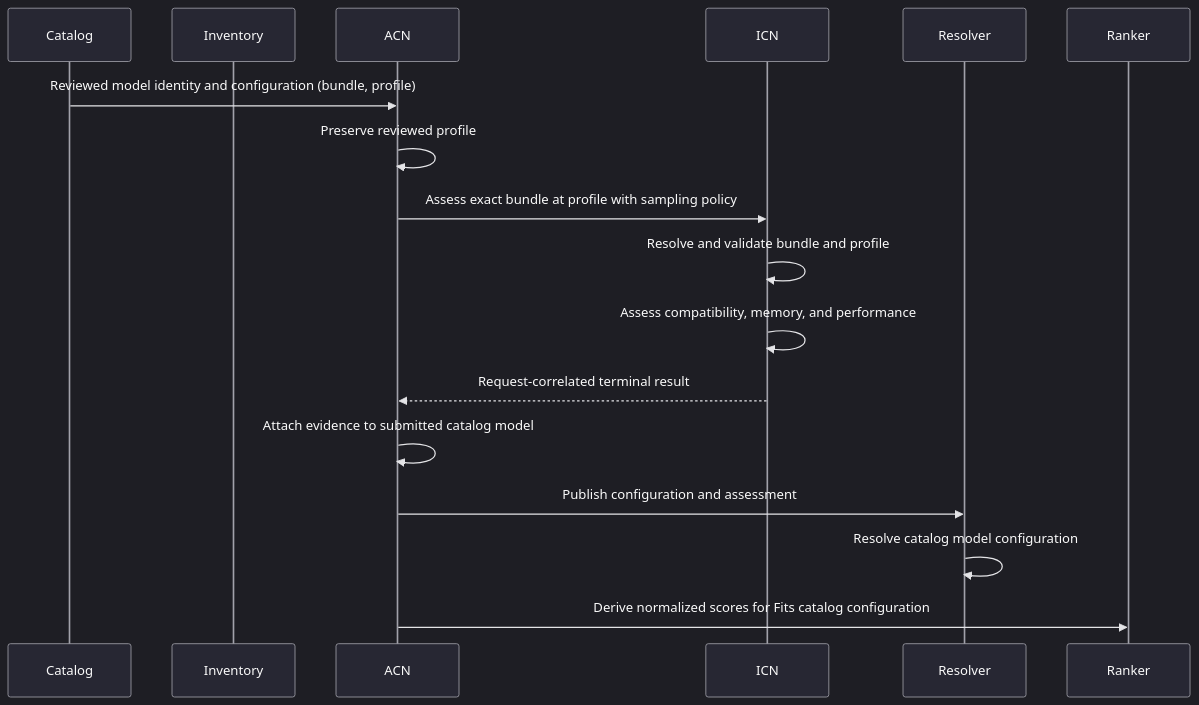
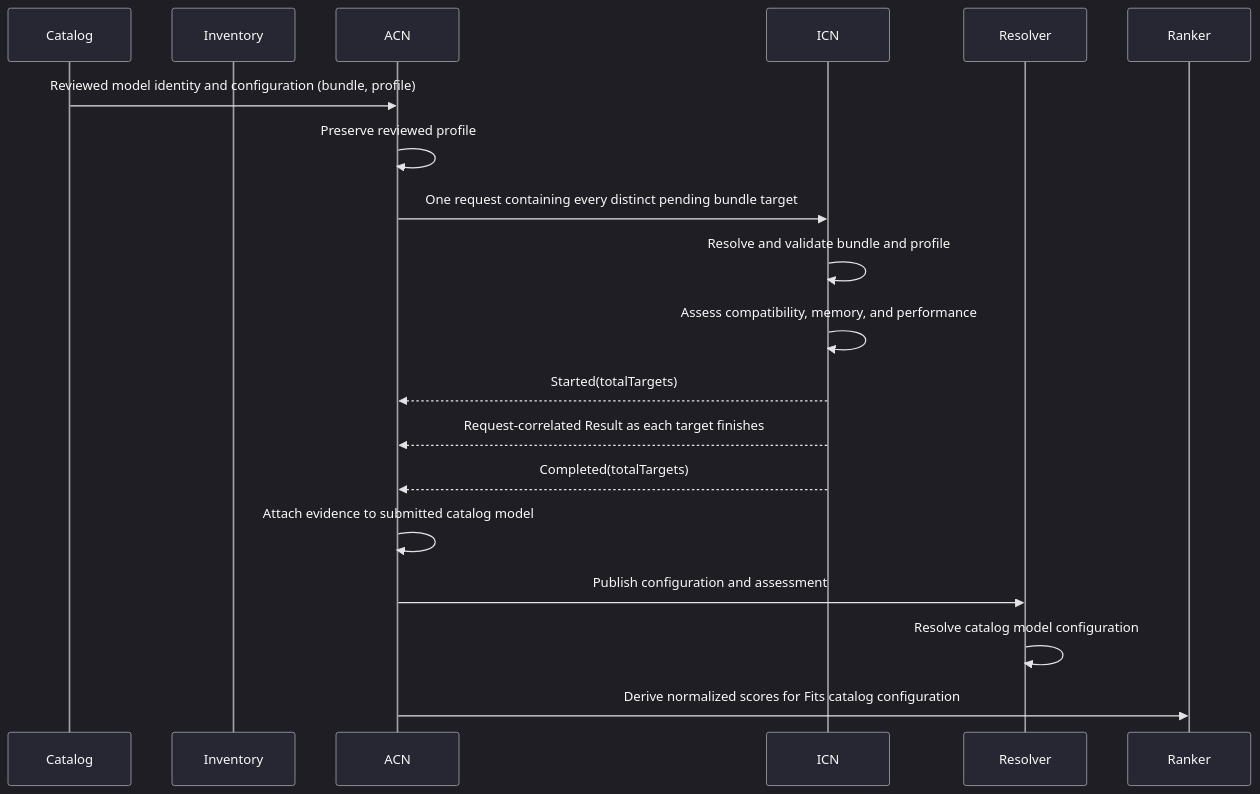
The diagram in design/model-management/assessment-and-ranking.md (magnitudedev/magnitude), drawn with Mermaid before and after one commit. The commit also changed other lines of this file and 20 other files, not shown here.

````diff
--- a/design/model-management/assessment-and-ranking.md
+++ b/design/model-management/assessment-and-ranking.md
@@ -30,24 +31,26 @@
 ```mermaid
 %%{init: { "theme": "dark", "themeVariables": { "background": "#16161d", "primaryColor": "#272733", "primaryTextColor": "#fafafa", "primaryBorderColor": "#a1a1aa", "lineColor": "#e4e4e7", "textColor": "#fafafa", "actorBkg": "#272733", "actorBorder": "#a1a1aa", "actorTextColor": "#fafafa", "actorLineColor": "#a1a1aa", "signalColor": "#e4e4e7", "signalTextColor": "#fafafa", "labelBoxBkgColor": "#272733", "labelBoxBorderColor": "#a1a1aa", "labelTextColor": "#fafafa", "loopTextColor": "#fafafa" } } }%%
 sequenceDiagram
     participant Catalog
     participant Inventory
     participant ACN
     participant ICN
     participant Resolver
     participant Ranker
 
     Catalog->>ACN: Reviewed model identity and configuration (bundle, profile)
     ACN->>ACN: Preserve reviewed profile
 
-    ACN->>ICN: Assess exact bundle at profile with sampling policy
+    ACN->>ICN: One request containing every distinct pending bundle target
     ICN->>ICN: Resolve and validate bundle and profile
     ICN->>ICN: Assess compatibility, memory, and performance
-    ICN-->>ACN: Request-correlated terminal result
+    ICN-->>ACN: Started(totalTargets)
+    ICN-->>ACN: Request-correlated Result as each target finishes
+    ICN-->>ACN: Completed(totalTargets)
 
     ACN->>ACN: Attach evidence to submitted catalog model
 
     ACN->>Resolver: Publish configuration and assessment
     Resolver->>Resolver: Resolve catalog model configuration
     ACN->>Ranker: Derive normalized scores for Fits catalog configuration
 ```
````
